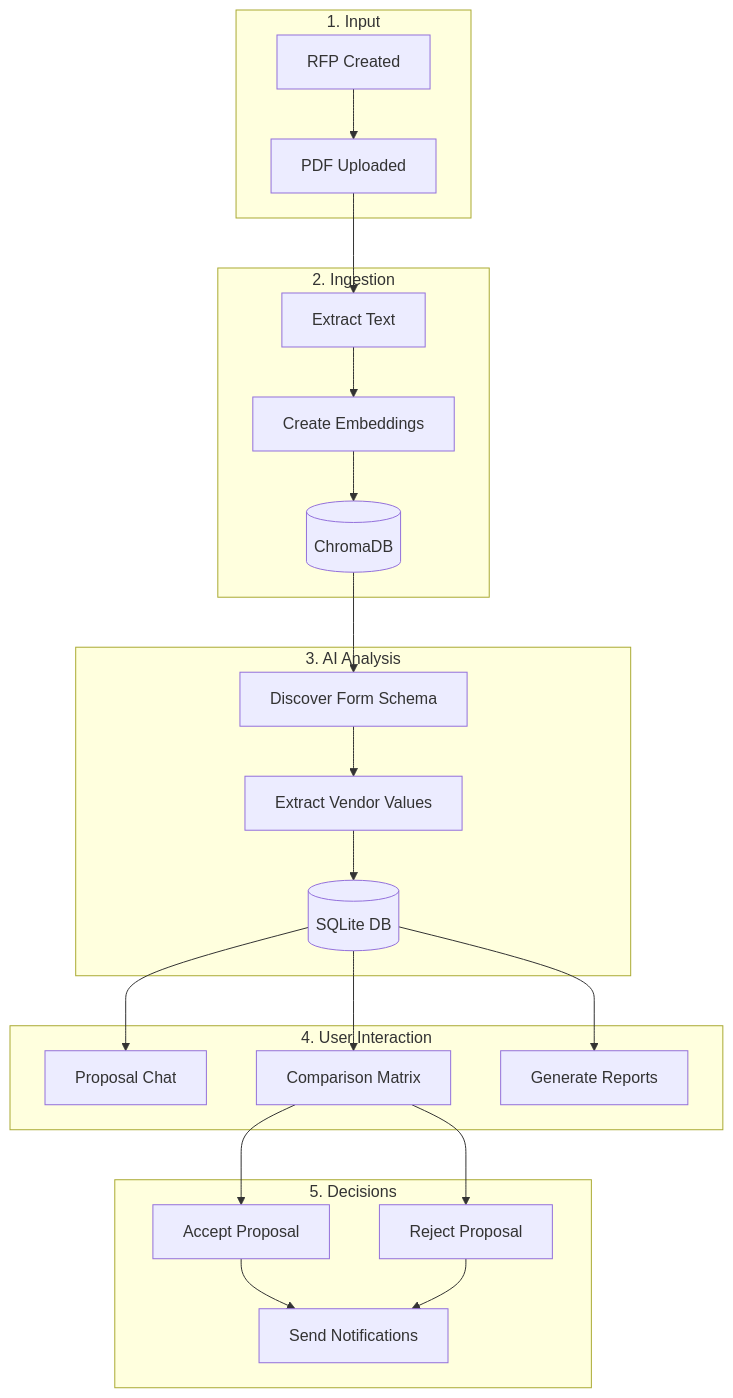
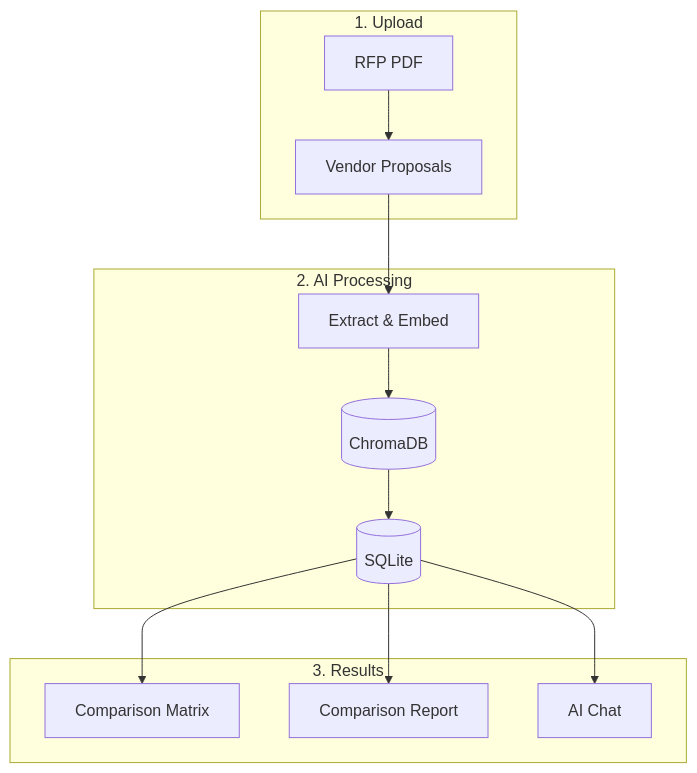
Before and after one commit to saim-honey388/smart-rfp-system: the diagram in README.md, drawn with Mermaid.

Commit message:
Shorten mermaid diagram and add Comparison Report

````diff
--- a/README.md
+++ b/README.md
@@ -28,31 +28,18 @@
 ```mermaid
 flowchart TB
-    subgraph INPUT["1. Input"]
-        RFP[RFP Created] --> UPLOAD[PDF Uploaded]
+    subgraph INPUT["1. Upload"]
+        RFP[RFP PDF] --> PROPS[Vendor Proposals]
     end
 
-    subgraph INGEST["2. Ingestion"]
-        UPLOAD --> EXTRACT[Extract Text]
-        EXTRACT --> EMBED[Create Embeddings]
-        EMBED --> CHROMA[(ChromaDB)]
+    subgraph PROCESS["2. AI Processing"]
+        PROPS --> EXTRACT[Extract & Embed]
+        EXTRACT --> CHROMA[(ChromaDB)]
+        CHROMA --> DB[(SQLite)]
     end
 
-    subgraph ANALYZE["3. AI Analysis"]
-        CHROMA --> SCHEMA[Discover Form Schema]
-        SCHEMA --> VALUES[Extract Vendor Values]
-        VALUES --> DB[(SQLite DB)]
-    end
-
-    subgraph INTERACT["4. User Interaction"]
-        DB --> CHAT[Proposal Chat]
+    subgraph OUTPUT["3. Results"]
         DB --> COMPARE[Comparison Matrix]
-        DB --> REPORT[Generate Reports]
-    end
-
-    subgraph OUTPUT["5. Decisions"]
-        COMPARE --> ACCEPT[Accept Proposal]
-        COMPARE --> REJECT[Reject Proposal]
-        ACCEPT --> NOTIFY[Send Notifications]
-        REJECT --> NOTIFY
+        DB --> REPORT[Comparison Report]
+        DB --> CHAT[AI Chat]
     end
 ```
````
